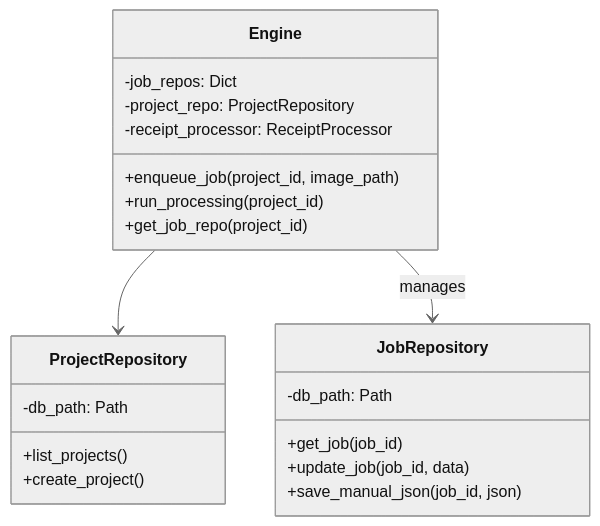
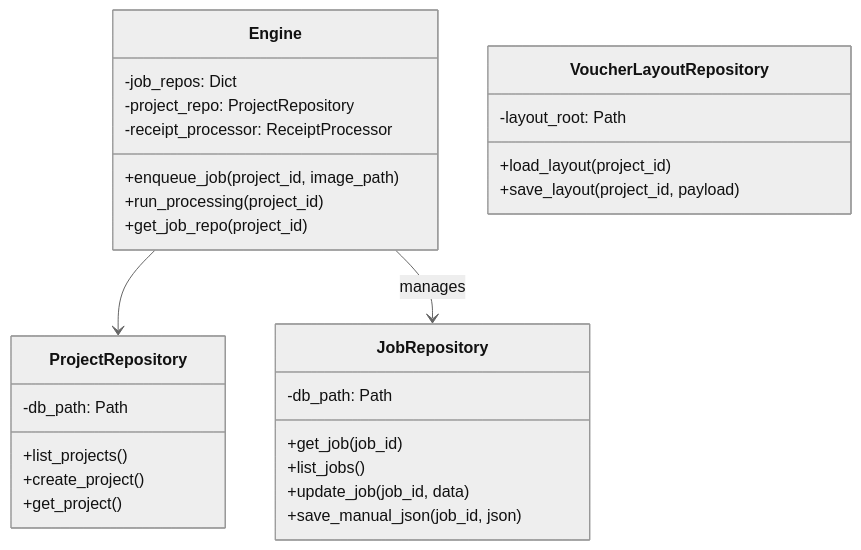
One commit to Alan2O18/InvoSmart changed the second of 4 diagrams in docs/backend_architecture.md. Above: the diagram before and after it, drawn with Mermaid (neutral theme). The commit also changed other lines of this file and 36 other files, not shown here.

````diff
--- a/docs/backend_architecture.md
+++ b/docs/backend_architecture.md
@@ -64,27 +77,35 @@
 ```mermaid
 classDiagram
     class Engine {
         -job_repos: Dict
         -project_repo: ProjectRepository
         -receipt_processor: ReceiptProcessor
         +enqueue_job(project_id, image_path)
         +run_processing(project_id)
         +get_job_repo(project_id)
     }
-    
+
     class ProjectRepository {
         -db_path: Path
         +list_projects()
         +create_project()
+        +get_project()
     }
-    
+
     class JobRepository {
         -db_path: Path
         +get_job(job_id)
+        +list_jobs()
         +update_job(job_id, data)
         +save_manual_json(job_id, json)
     }
-    
+
+    class VoucherLayoutRepository {
+        -layout_root: Path
+        +load_layout(project_id)
+        +save_layout(project_id, payload)
+    }
+
     Engine --> ProjectRepository
     Engine --> JobRepository : manages
 ```
````
